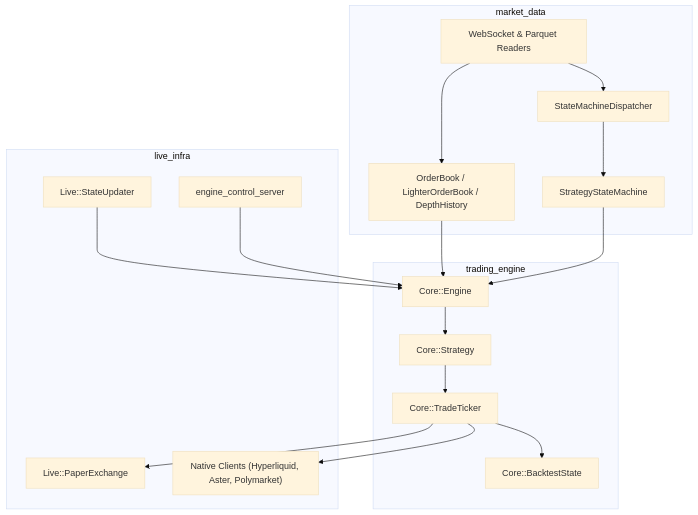
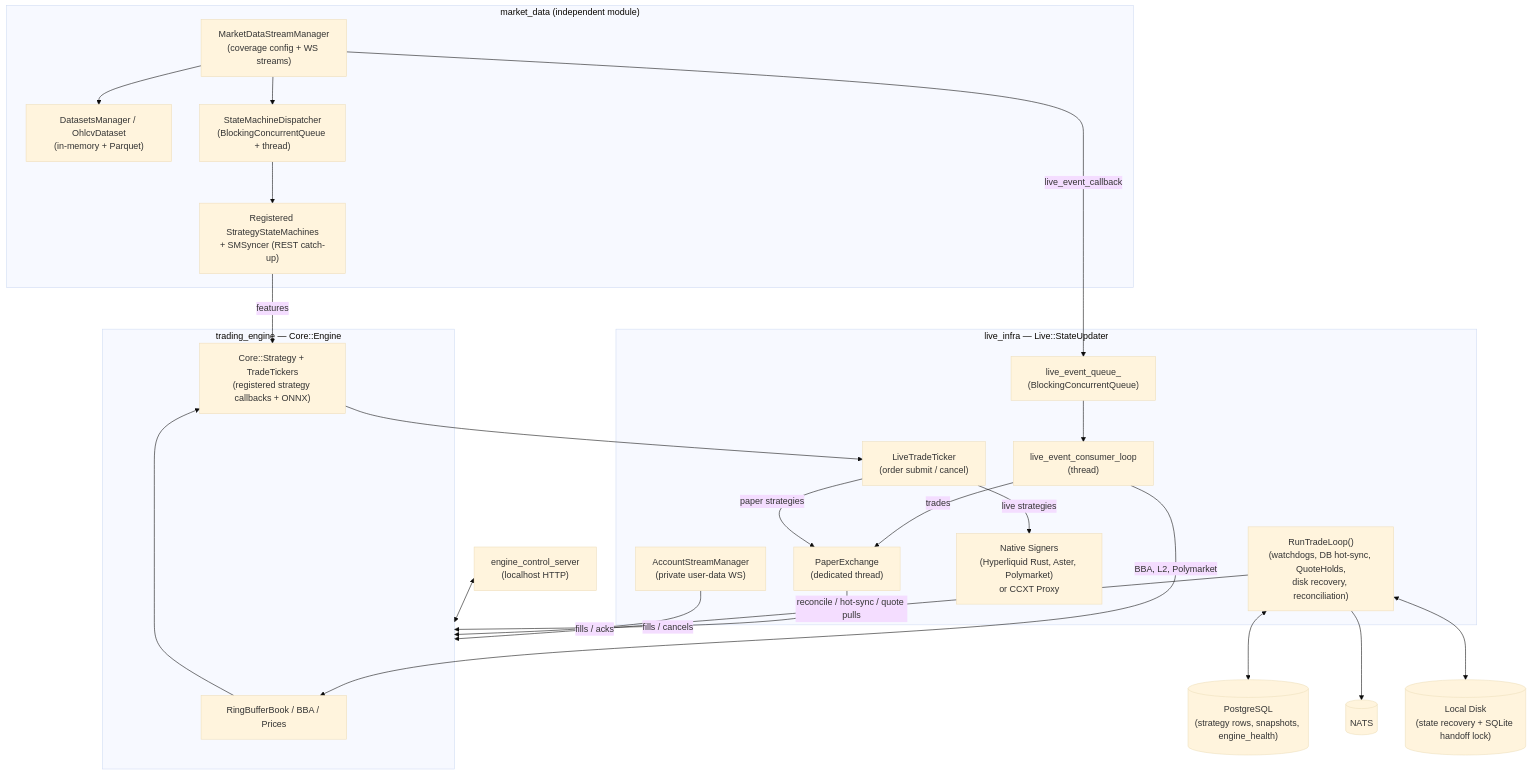
Before and after one commit to JNeuvonen/keronisengine: the first of 2 diagrams in docs/architecture.md, drawn with Mermaid (base theme). The commit also changed other lines of this file and 2 other files, not shown here.

Commit message:
docs: rewrite architecture and overview to reflect actual modular live_infra and offline topology

````diff
--- a/docs/architecture.md
+++ b/docs/architecture.md
@@ -5,32 +24,47 @@
 ```mermaid
-graph TD
-    subgraph MarketData ["market_data"]
-        STREAMS["WebSocket & Parquet Readers"]
-        BOOKS["OrderBook / LighterOrderBook / DepthHistory"]
-        DISP["StateMachineDispatcher"]
-        SM["StrategyStateMachine"]
+flowchart TB
+    subgraph MD ["market_data (independent module)"]
+        MSM["MarketDataStreamManager<br/>(coverage config + WS streams)"]
+        DS["DatasetsManager / OhlcvDataset<br/>(in-memory + Parquet)"]
+        SMD["StateMachineDispatcher<br/>(BlockingConcurrentQueue + thread)"]
+        SM["Registered StrategyStateMachines<br/>+ SMSyncer (REST catch-up)"]
+        MSM --> DS
+        MSM --> SMD --> SM
     end
 
-    subgraph Engine ["trading_engine"]
-        CORE["Core::Engine"]
-        STRAT["Core::Strategy"]
-        TICK["Core::TradeTicker"]
-        BT["Core::BacktestState"]
+    subgraph SU ["live_infra — Live::StateUpdater"]
+        Q["live_event_queue_<br/>(BlockingConcurrentQueue)"]
+        CONS["live_event_consumer_loop<br/>(thread)"]
+        LOOP["RunTradeLoop()<br/>(watchdogs, DB hot-sync, QuoteHolds,<br/>disk recovery, reconciliation)"]
+        LTT["LiveTradeTicker<br/>(order submit / cancel)"]
+        PE["PaperExchange<br/>(dedicated thread)"]
+        EX["Native Signers<br/>(Hyperliquid Rust, Aster, Polymarket)<br/>or CCXT Proxy"]
+        ASM["AccountStreamManager<br/>(private user-data WS)"]
     end
 
-    subgraph Live ["live_infra"]
-        UPD["Live::StateUpdater"]
-        PAPER["Live::PaperExchange"]
-        EXCH["Native Clients (Hyperliquid, Aster, Polymarket)"]
-        ECS["engine_control_server"]
+    subgraph CORE ["trading_engine — Core::Engine"]
+        BOOK["RingBufferBook / BBA / Prices"]
+        STRAT["Core::Strategy + TradeTickers<br/>(registered strategy callbacks + ONNX)"]
     end
 
-    STREAMS --> BOOKS --> CORE
-    STREAMS --> DISP --> SM --> CORE
-    CORE --> STRAT --> TICK
-    TICK --> BT
-    TICK --> PAPER
-    TICK --> EXCH
-    UPD --> CORE
-    ECS --> CORE
+    PG[("PostgreSQL<br/>(strategy rows, snapshots, engine_health)")]
+    NATS[("NATS")]
+    DISK[("Local Disk<br/>(state recovery + SQLite handoff lock)")]
+    ECS["engine_control_server<br/>(localhost HTTP)"]
+
+    MSM -- "live_event_callback" --> Q --> CONS
+    CONS -- "BBA, L2, Polymarket" --> BOOK
+    CONS -- "trades" --> PE
+    SM -- "features" --> STRAT
+    BOOK --> STRAT
+    STRAT --> LTT
+    LTT -- "paper strategies" --> PE
+    LTT -- "live strategies" --> EX
+    PE -- "fills / cancels" --> CORE
+    ASM -- "fills / acks" --> CORE
+    LOOP <--> PG
+    LOOP <--> DISK
+    LOOP --> NATS
+    LOOP -- "reconcile / hot-sync / quote pulls" --> CORE
+    ECS <--> CORE
 ```
````
